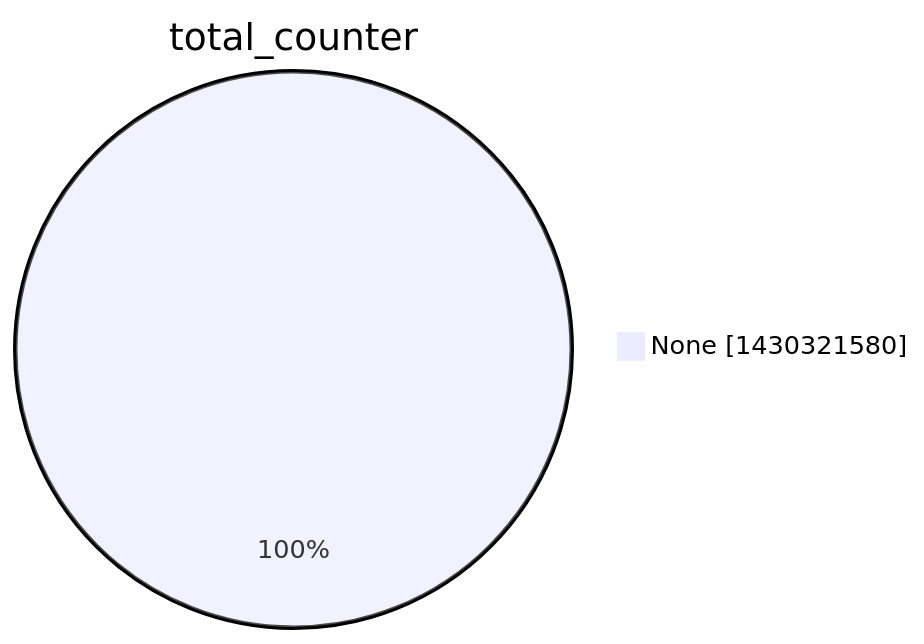
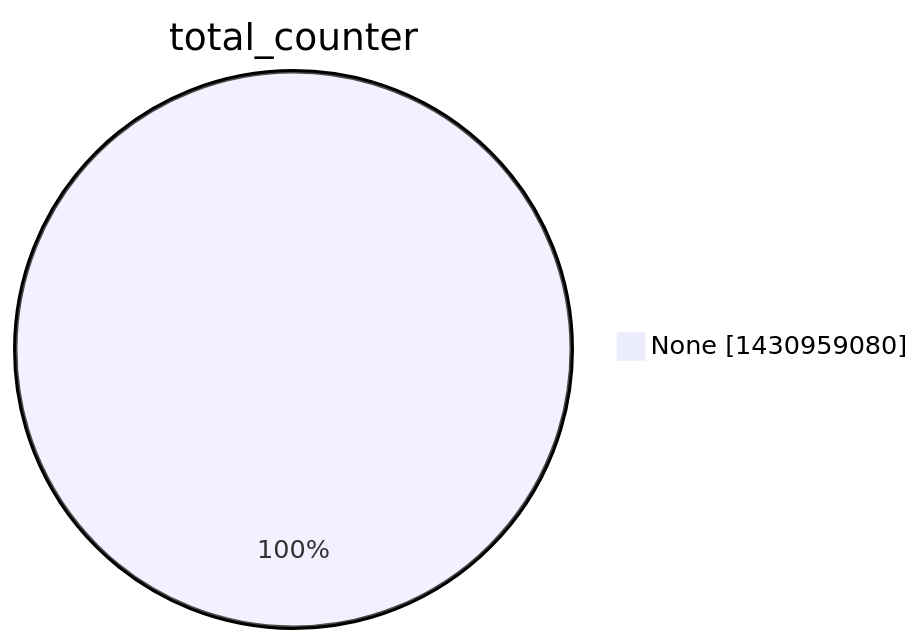
The second of 15 diagrams in argon2022/README.md (christiankrug/ctmonitor_visualization), drawn with Mermaid before and after one commit. The commit also changed other lines of this file, not shown here.

````diff
--- a/argon2022/README.md
+++ b/argon2022/README.md
@@ -9,5 +9,5 @@
 ```mermaid
 pie showData
 title total_counter
-"None" :1430321580
+"None" :1430959080
 ```
````
